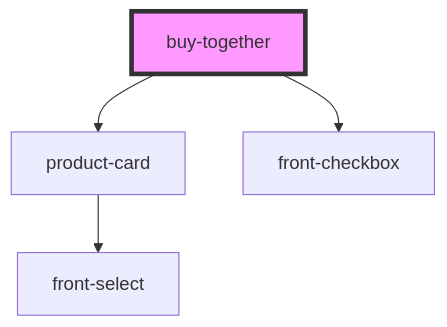
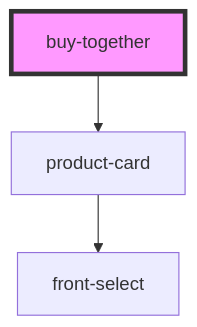
Before and after one commit to commerce-suite/storefront-components: the diagram in src/components/buy-together/readme.md, drawn with Mermaid. The commit also changed other lines of this file and 5 other files, not shown here.

Commit message:
refactor(buy-together): mixin checkbox criado para uso no buy-together

````diff
--- a/src/components/buy-together/readme.md
+++ b/src/components/buy-together/readme.md
@@ -16,7 +15,6 @@
 ```mermaid
 graph TD;
   buy-together --> product-card
-  buy-together --> front-checkbox
   product-card --> front-select
   style buy-together fill:#f9f,stroke:#333,stroke-width:4px
 ```
````
